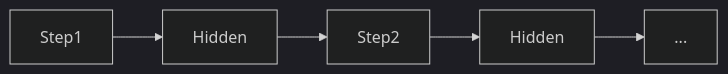
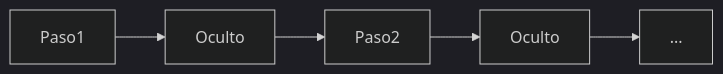
One commit to EmersonBraun/ai-summary-hub changed the diagram in i18n/es/docusaurus-plugin-content-docs/current/neural-networks/rnn.md. Above: the diagram before and after it, drawn with Mermaid (dark theme). The commit also changed other lines of this file and 384 other files, not shown here.

````diff
--- a/i18n/es/docusaurus-plugin-content-docs/current/neural-networks/rnn.md
+++ b/i18n/es/docusaurus-plugin-content-docs/current/neural-networks/rnn.md
@@ -17,7 +17,7 @@
 ```mermaid
 flowchart LR
-  Step1[Step1] --> Hidden[Hidden]
-  Hidden --> Step2[Step2]
-  Step2 --> Hidden2[Hidden]
+  Step1[Paso1] --> Hidden[Oculto]
+  Hidden --> Step2[Paso2]
+  Step2 --> Hidden2[Oculto]
   Hidden2 --> More[...]
 ```
````
